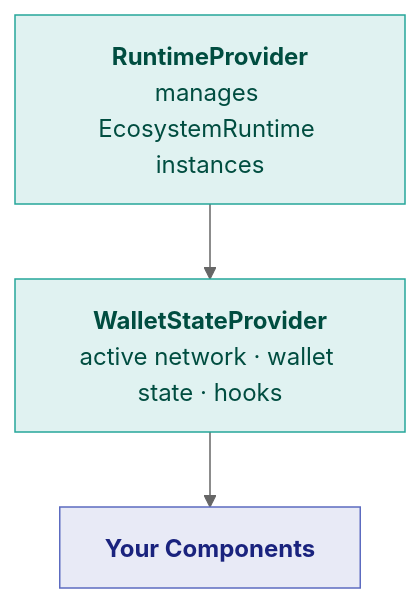
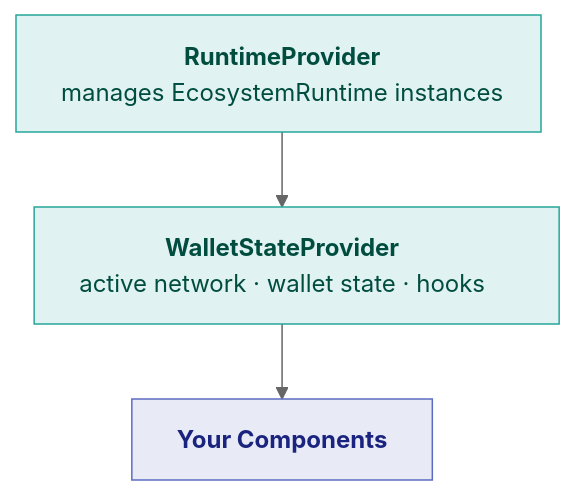
The first of 2 diagrams in content/tools/uikit/react-integration.mdx (OpenZeppelin/docs), drawn with Mermaid (neutral theme) before and after one commit.

Commit message:
docs(uikit): fix node text truncation with classDef width override
Add wrappingWidth:400 and classDef width:350px to prevent Mermaid
from truncating descriptive text in Provider Tree nodes. Use classDef
for cleaner style definitions matching other UIKit diagram patterns.

````diff
--- a/content/tools/uikit/react-integration.mdx
+++ b/content/tools/uikit/react-integration.mdx
@@ -11,13 +11,15 @@
 ```mermaid
-%%{init: {'flowchart': {'nodeSpacing': 30, 'rankSpacing': 50}} }%%
+%%{init: {'flowchart': {'nodeSpacing': 30, 'rankSpacing': 50, 'wrappingWidth': 400}} }%%
 flowchart TD
   RP["<b>RuntimeProvider</b><br/>manages EcosystemRuntime instances"]
   WSP["<b>WalletStateProvider</b><br/>active network · wallet state · hooks"]
   App["<b>Your Components</b>"]
 
   RP --> WSP --> App
 
-  style RP fill:#e0f2f1,stroke:#26a69a,color:#004d40
-  style WSP fill:#e0f2f1,stroke:#26a69a,color:#004d40
-  style App fill:#e8eaf6,stroke:#5c6bc0,color:#1a237e
+  classDef provider fill:#e0f2f1,stroke:#26a69a,color:#004d40,width:350px
+  classDef component fill:#e8eaf6,stroke:#5c6bc0,color:#1a237e
+
+  class RP,WSP provider
+  class App component
 ```
````
